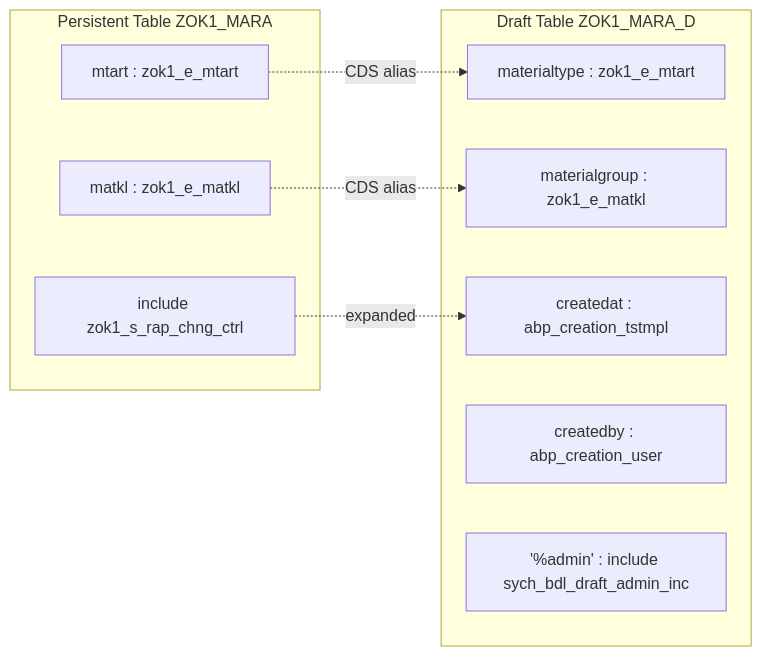
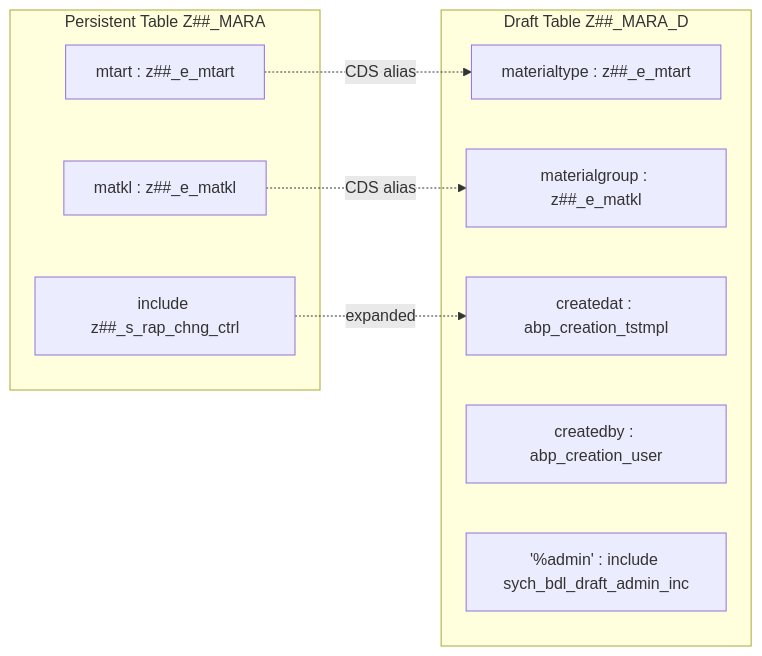
One commit to fr0ster/cloud-llm-hub changed the sixth of 10 diagrams in docs/tutorials/rap-bo-creation.md. Above: the diagram before and after it, drawn with Mermaid. The commit also changed other lines of this file, not shown here.

Commit message:
docs: use Z##_ placeholders in RAP BO tutorial instead of concrete prefix

````diff
--- a/docs/tutorials/rap-bo-creation.md
+++ b/docs/tutorials/rap-bo-creation.md
@@ -291,20 +291,20 @@
 ```mermaid
 graph LR
-    subgraph "Persistent Table ZOK1_MARA"
-        P1[mtart : zok1_e_mtart]
-        P2[matkl : zok1_e_matkl]
-        P3["include zok1_s_rap_chng_ctrl"]
+    subgraph "Persistent Table Z##_MARA"
+        P1[mtart : z##_e_mtart]
+        P2[matkl : z##_e_matkl]
+        P3["include z##_s_rap_chng_ctrl"]
     end
 
-    subgraph "Draft Table ZOK1_MARA_D"
-        D1[materialtype : zok1_e_mtart]
-        D2[materialgroup : zok1_e_matkl]
+    subgraph "Draft Table Z##_MARA_D"
+        D1[materialtype : z##_e_mtart]
+        D2[materialgroup : z##_e_matkl]
         D3[createdat : abp_creation_tstmpl]
         D4[createdby : abp_creation_user]
         D5["'%admin' : include sych_bdl_draft_admin_inc"]
     end
 
     P1 -.->|"CDS alias"| D1
     P2 -.->|"CDS alias"| D2
     P3 -.->|"expanded"| D3
 ```
````
